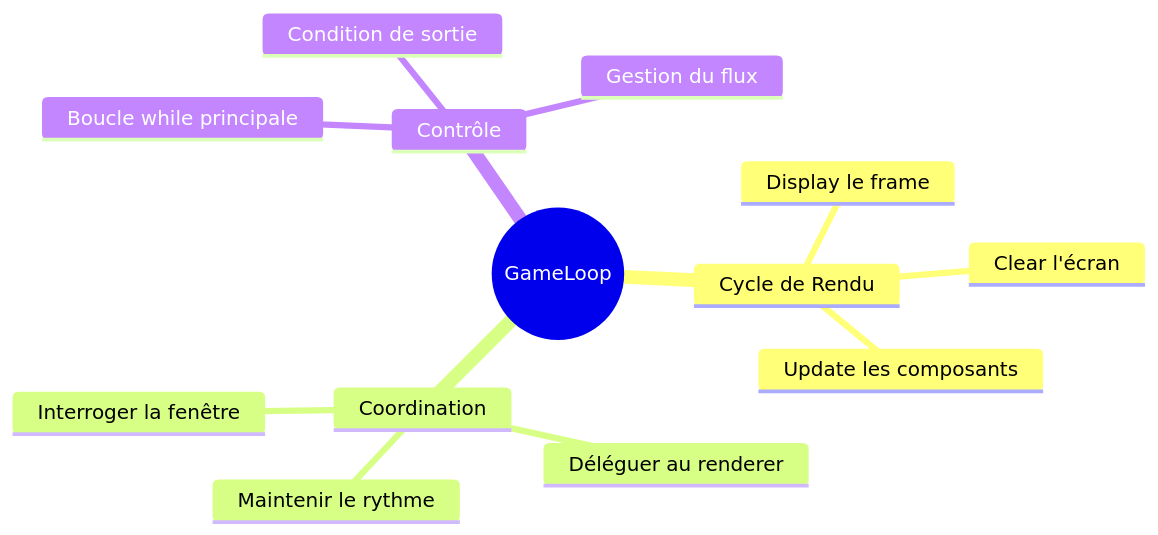
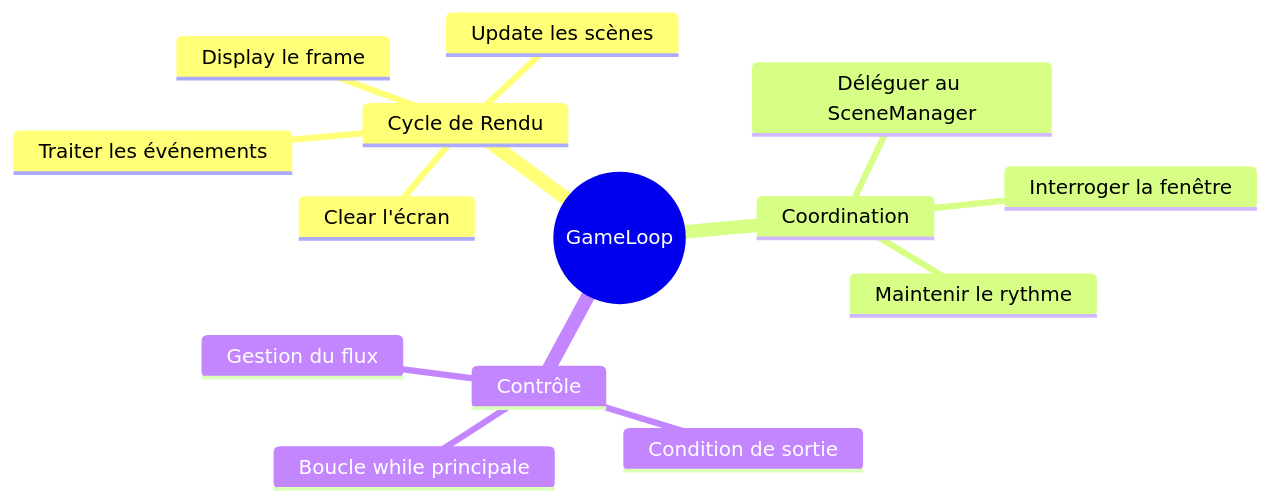
The first of 17 diagrams in docs/client/core/gameloop.md (ChrisG-L/rtype), drawn with Mermaid before and after one commit. The commit also changed other lines of this file and 2 other files, not shown here.

````diff
--- a/docs/client/core/gameloop.md
+++ b/docs/client/core/gameloop.md
@@ -9,16 +12,17 @@
 ```mermaid
 mindmap
   root((GameLoop))
     Cycle de Rendu
+      Traiter les événements
       Clear l'écran
-      Update les composants
+      Update les scènes
       Display le frame
     Coordination
       Interroger la fenêtre
-      Déléguer au renderer
+      Déléguer au SceneManager
       Maintenir le rythme
     Contrôle
       Boucle while principale
       Condition de sortie
       Gestion du flux
 ```
````
